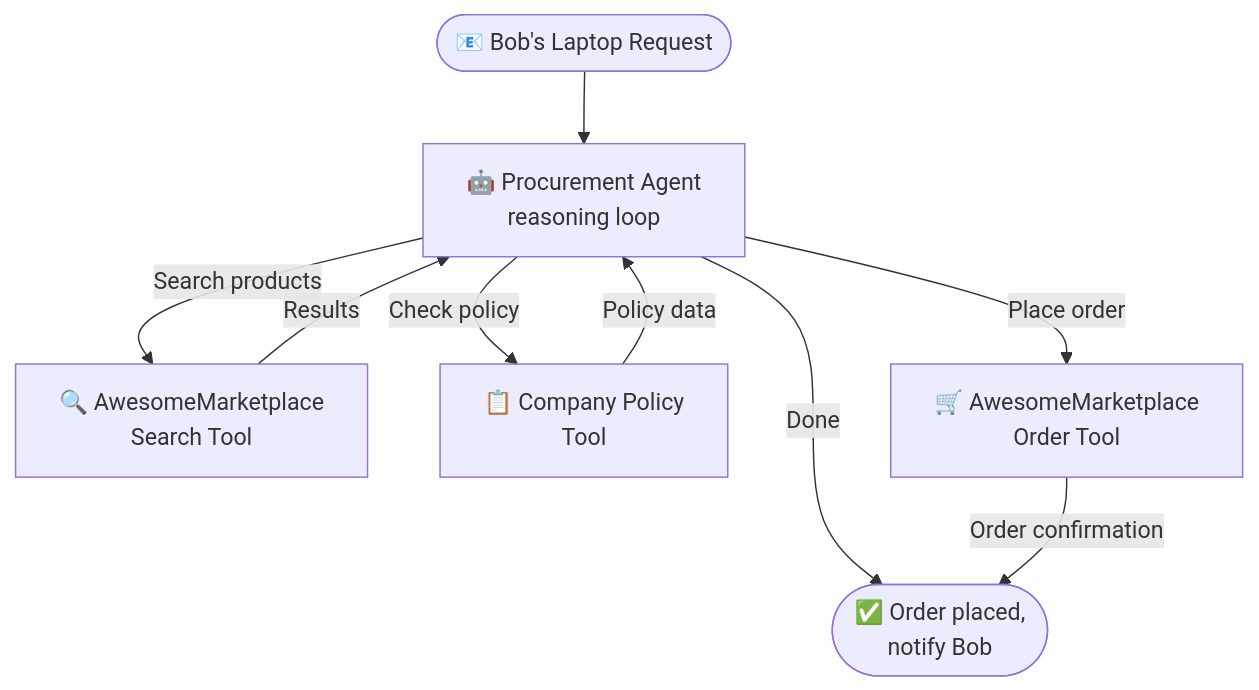
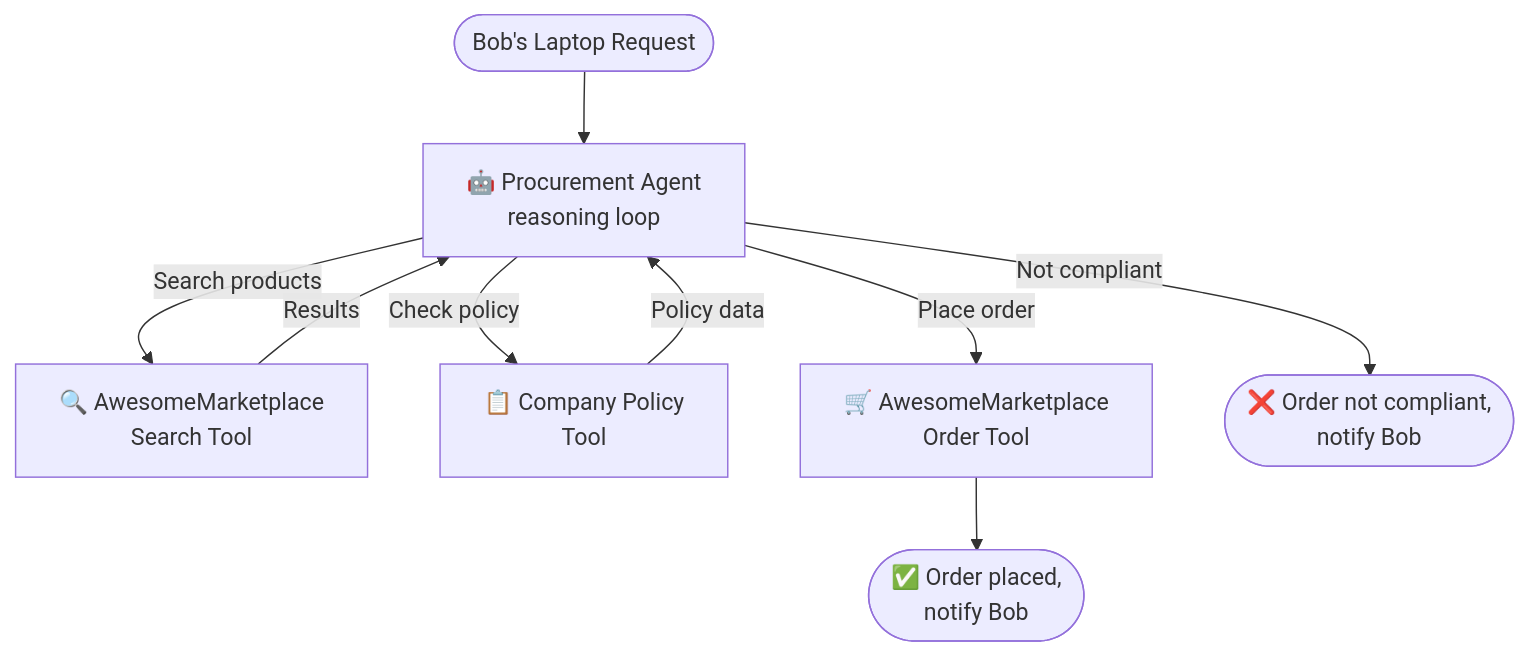
One commit to FridljDa/FridljDa.github.io changed the first of 3 diagrams in src/content/blog/free-form-blog-post.mdx. Above: the diagram before and after it, drawn with Mermaid. The commit also changed other lines of this file, not shown here.

Commit message:
feat: update Mermaid diagrams in free-form blog post for improved clarity and compliance notifications

````diff
--- a/src/content/blog/free-form-blog-post.mdx
+++ b/src/content/blog/free-form-blog-post.mdx
@@ -31,14 +31,14 @@
 ```mermaid
 flowchart TD
-    INPUT([📧 Bob's Laptop Request])
+    INPUT([Bob's Laptop Request])
     INPUT --> A1[🤖 Procurement Agent\nreasoning loop]
 
     A1 -- Search products --> A3[🔍 AwesomeMarketplace\nSearch Tool]
     A1 -- Check policy --> A4[📋 Company Policy\nTool]
     A1 -- Place order --> A5[🛒 AwesomeMarketplace\nOrder Tool]
-    A1 -- Done --> A6([✅ Order placed,\nnotify Bob])
+    A1 -- Not compliant --> OUT2([❌ Order not compliant,\nnotify Bob])
 
     A3 -- Results --> A1
     A4 -- Policy data --> A1
-    A5 -- Order confirmation --> A6
+    A5 --> OUT1([✅ Order placed,\nnotify Bob])
 ```
````
